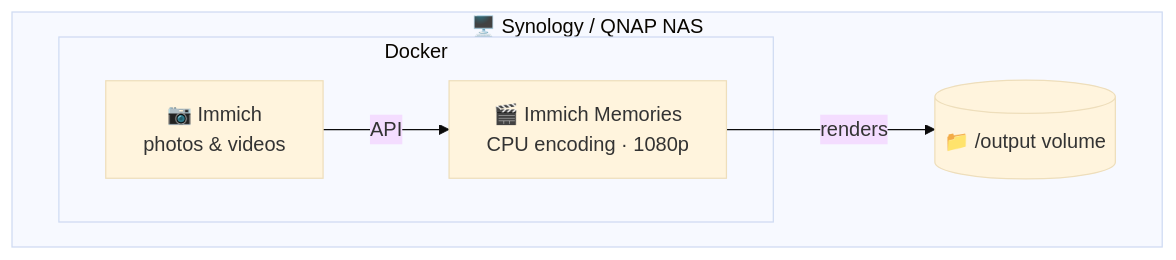
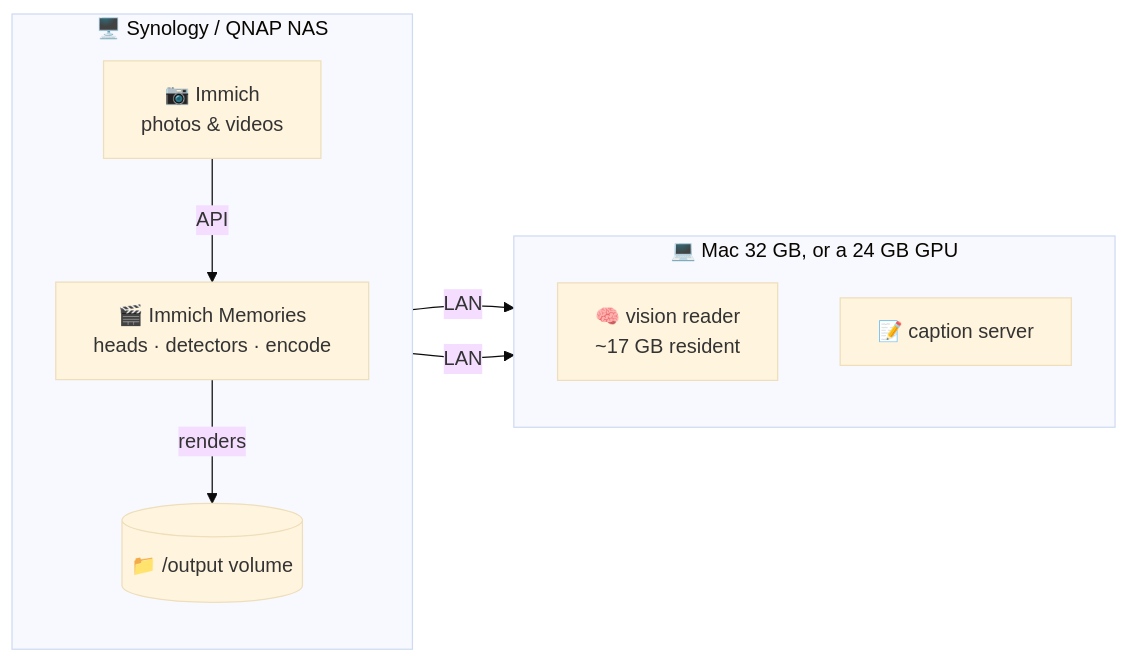
The diagram in docs-site/diagrams/setup-nas.mmd (chenzeyan54-commits/immich-video-memory-generator), drawn with Mermaid (base theme) before and after one commit. The commit also changed 74 other files, not shown here.

```diff
--- a/docs-site/diagrams/setup-nas.mmd
+++ b/docs-site/diagrams/setup-nas.mmd
@@ -1,11 +1,18 @@
-graph TB
+graph LR
     subgraph NAS["🖥️ Synology / QNAP NAS"]
-        subgraph Docker["Docker"]
-            Immich["📷 Immich<br/>photos & videos"]
-            Memories["🎬 Immich Memories<br/>CPU encoding · 1080p"]
-        end
+        direction TB
+        Immich["📷 Immich<br/>photos & videos"]
+        Memories["🎬 Immich Memories<br/>heads · detectors · encode"]
         Output[("📁 /output volume")]
+        Immich -->|API| Memories
+        Memories -->|renders| Output
     end
 
-    Immich -->|API| Memories
-    Memories -->|renders| Output
+    subgraph Box["💻 Mac 32 GB, or a 24 GB GPU"]
+        direction TB
+        Reader["🧠 vision reader<br/>~17 GB resident"]
+        Caption["📝 caption server"]
+    end
+
+    Memories -->|LAN| Reader
+    Memories -->|LAN| Caption
```
